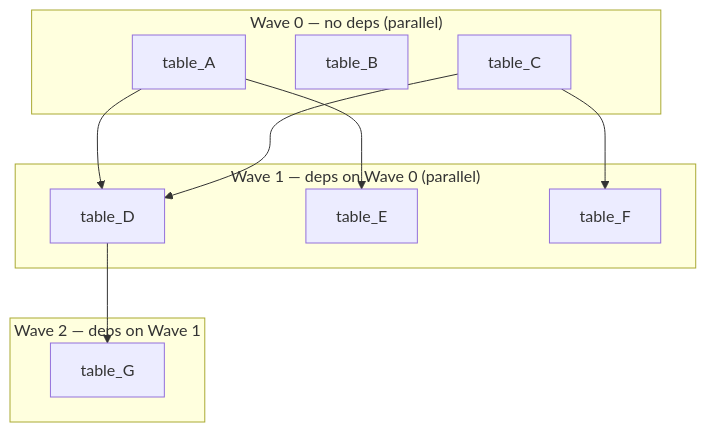
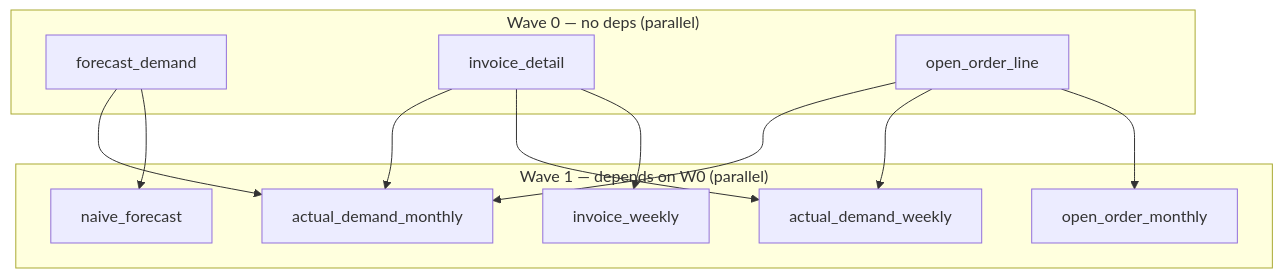
One commit to ankinguyen-engineer-2002/Fabric-v9-Warehouse-Medallion changed the fifth of 9 diagrams in README.md. Above: the diagram before and after it, drawn with Mermaid. The commit also changed other lines of this file and 9 other files, not shown here.

````diff
--- a/README.md
+++ b/README.md
@@ -150,24 +170,23 @@
 ```mermaid
 flowchart TD
     subgraph W0["Wave 0 — no deps (parallel)"]
-        A["table_A"]
-        B["table_B"]
-        C["table_C"]
+        A["forecast_demand"]
+        B["invoice_detail"]
+        C["open_order_line"]
     end
-
-    subgraph W1["Wave 1 — deps on Wave 0 (parallel)"]
-        D["table_D"]
-        E["table_E"]
-        F["table_F"]
+    subgraph W1["Wave 1 — depends on W0 (parallel)"]
+        D["actual_demand_monthly"]
+        E["actual_demand_weekly"]
+        F["invoice_weekly"]
+        G["naive_forecast"]
+        H["open_order_monthly"]
     end
-
-    subgraph W2["Wave 2 — deps on Wave 1"]
-        G["table_G"]
-    end
-
     A --> D
-    A --> E
+    A --> G
+    B --> D
+    B --> E
+    B --> F
     C --> D
-    C --> F
-    D --> G
+    C --> E
+    C --> H
 ```
````
